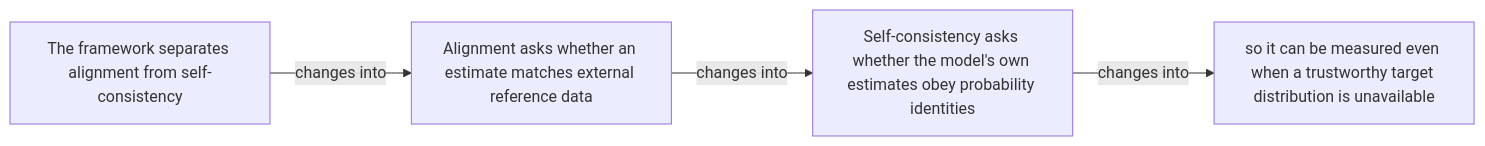
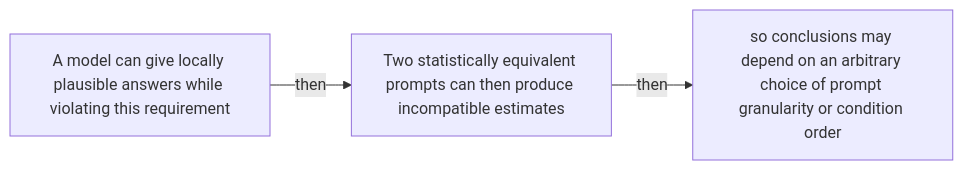
The sixth of 48 diagrams in docs/visual-manifests/VISUAL_MANIFEST_PARTITION_PROMPT_AGGREGATE.md (Betancourt1/paper_atlas), drawn with Mermaid before and after one commit. The commit also changed other lines of this file and 7 other files, not shown here.

````diff
--- a/docs/visual-manifests/VISUAL_MANIFEST_PARTITION_PROMPT_AGGREGATE.md
+++ b/docs/visual-manifests/VISUAL_MANIFEST_PARTITION_PROMPT_AGGREGATE.md
@@ -531,10 +461,8 @@
 ```mermaid
 flowchart LR
-  n1["The framework separates alignment from self-consistency"]
-  n2["Alignment asks whether an estimate matches external reference data"]
-  n3["Self-consistency asks whether the model's own estimates obey probability identities"]
-  n4["so it can be measured even when a trustworthy target distribution is unavailable"]
-  n1 -->|"changes into"| n2
-  n2 -->|"changes into"| n3
-  n3 -->|"changes into"| n4
+  n1["A model can give locally plausible answers while violating this requirement"]
+  n2["Two statistically equivalent prompts can then produce incompatible estimates"]
+  n3["so conclusions may depend on an arbitrary choice of prompt granularity or condition order"]
+  n1 -->|"then"| n2
+  n2 -->|"then"| n3
 ```
````
